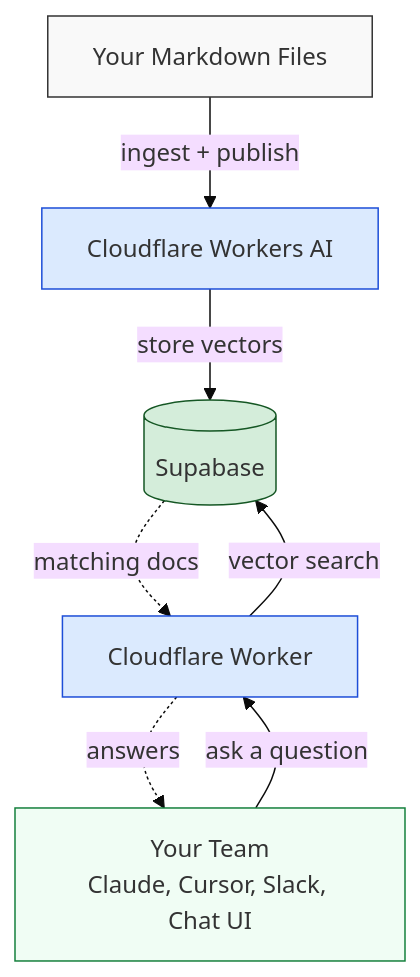
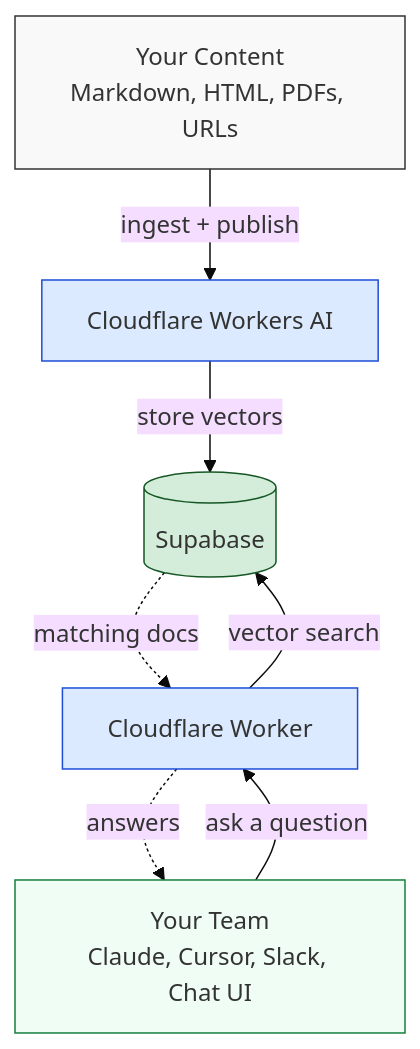
Before and after one commit to southleft/company-docs-mcp: the diagram in README.md, drawn with Mermaid (base theme). The commit also changed other lines of this file, not shown here.

First line of the commit message:
docs: Show all supported content formats (markdown, HTML, PDF, URL, website crawl)

````diff
--- a/README.md
+++ b/README.md
@@ -35,22 +35,22 @@
 ```mermaid
 flowchart TD
-    A["Your Markdown Files"]
+    A["Your Content<br/>Markdown, HTML, PDFs, URLs"]
     B["Cloudflare Workers AI"]
     C[("Supabase")]
     D["Your Team<br/>Claude, Cursor, Slack, Chat UI"]
     E["Cloudflare Worker"]
 
     A -- "ingest + publish" --> B
     B -- "store vectors" --> C
 
     D -- "ask a question" --> E
     E -- "vector search" --> C
     C -. "matching docs" .-> E
     E -. "answers" .-> D
 
     style A fill:#f9f9f9,stroke:#333,color:#333
     style B fill:#dbeafe,stroke:#1d4ed8,color:#333
     style C fill:#d4edda,stroke:#155724,color:#333
     style D fill:#f0fdf4,stroke:#15803d,color:#333
     style E fill:#dbeafe,stroke:#1d4ed8,color:#333
 ```
````
